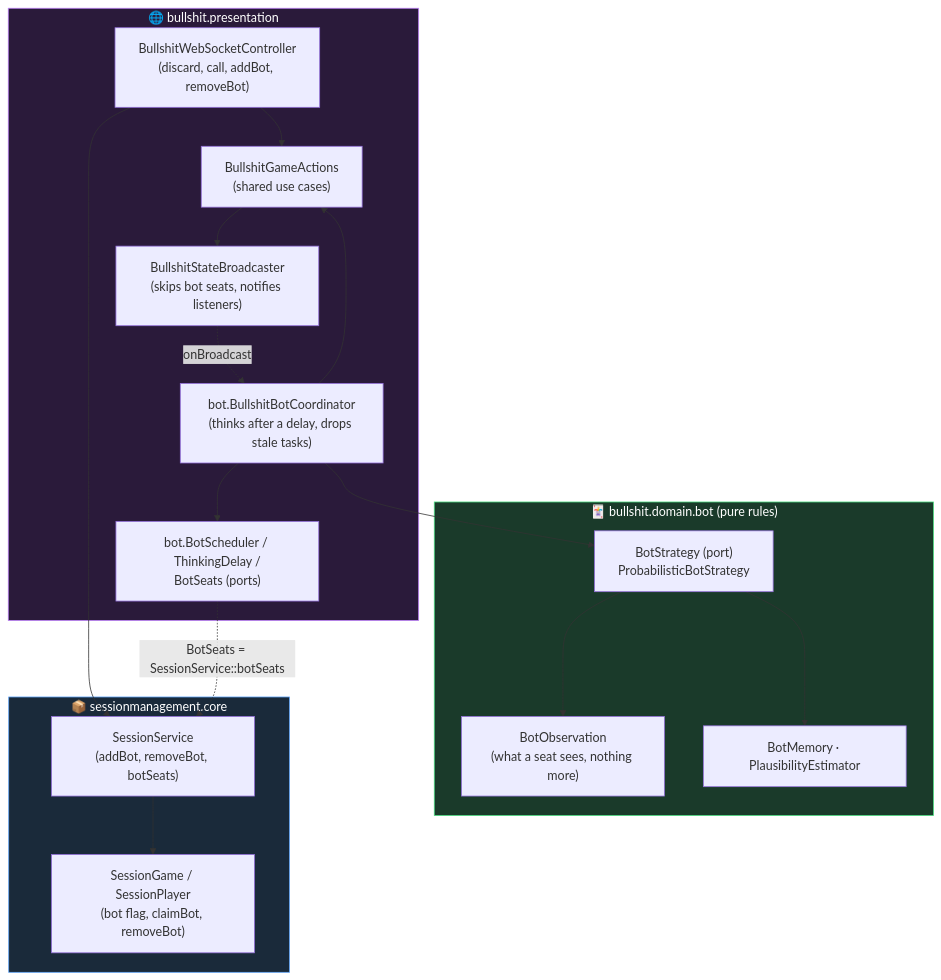
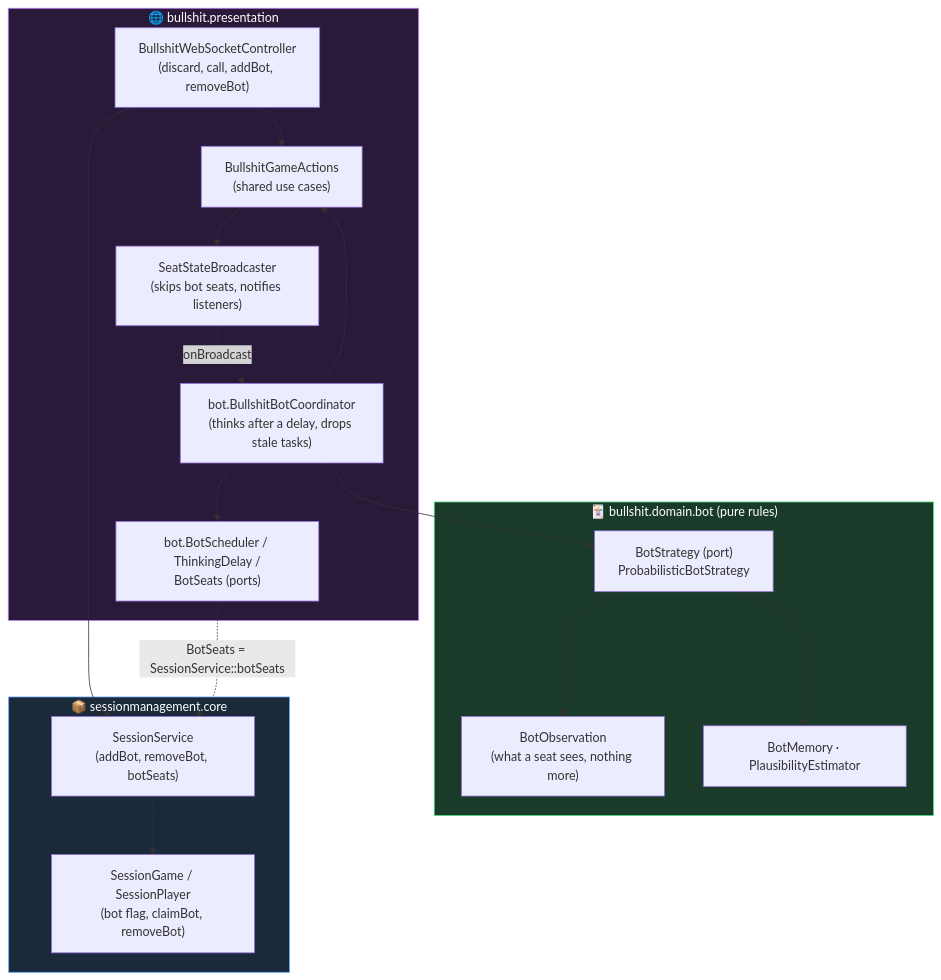
The second of 3 diagrams in docs/architecture/context-map.md (KevinKib/BatailleCorse), drawn with Mermaid before and after one commit. The commit also changed other lines of this file and 39 other files, not shown here.

````diff
--- a/docs/architecture/context-map.md
+++ b/docs/architecture/context-map.md
@@ -62,34 +62,34 @@
 ```mermaid
 graph TB
     subgraph Pres["🌐 bullshit.presentation"]
         CTRL["BullshitWebSocketController<br/>(discard, call, addBot, removeBot)"]
         ACT["BullshitGameActions<br/>(shared use cases)"]
-        BCAST["BullshitStateBroadcaster<br/>(skips bot seats, notifies listeners)"]
+        BCAST["SeatStateBroadcaster<Bullshit, BullshitDto><br/>(skips bot seats, notifies listeners)"]
         COORD["bot.BullshitBotCoordinator<br/>(thinks after a delay, drops stale tasks)"]
         SCHED["bot.BotScheduler / ThinkingDelay /<br/>BotSeats (ports)"]
         CTRL & COORD --> ACT --> BCAST
         BCAST -. "onBroadcast" .-> COORD
         COORD --> SCHED
     end
 
     subgraph BS["🃏 bullshit.domain.bot (pure rules)"]
         STRAT["BotStrategy (port)<br/>ProbabilisticBotStrategy"]
         OBS["BotObservation<br/>(what a seat sees, nothing more)"]
         MEM["BotMemory · PlausibilityEstimator"]
         STRAT --> OBS & MEM
     end
 
     subgraph Sess["📦 sessionmanagement.core"]
         SG2["SessionGame / SessionPlayer<br/>(bot flag, claimBot, removeBot)"]
         SS2["SessionService<br/>(addBot, removeBot, botSeats)"]
         SS2 --> SG2
     end
 
     COORD --> STRAT
     CTRL --> SS2
     SCHED -. "BotSeats = SessionService::botSeats" .-> SS2
 
     style Pres fill:#2a1a3a,stroke:#c084fc,color:#fff
     style BS fill:#1a3a2a,stroke:#4ade80,color:#fff
     style Sess fill:#1a2a3a,stroke:#60a5fa,color:#fff
 ```
````
